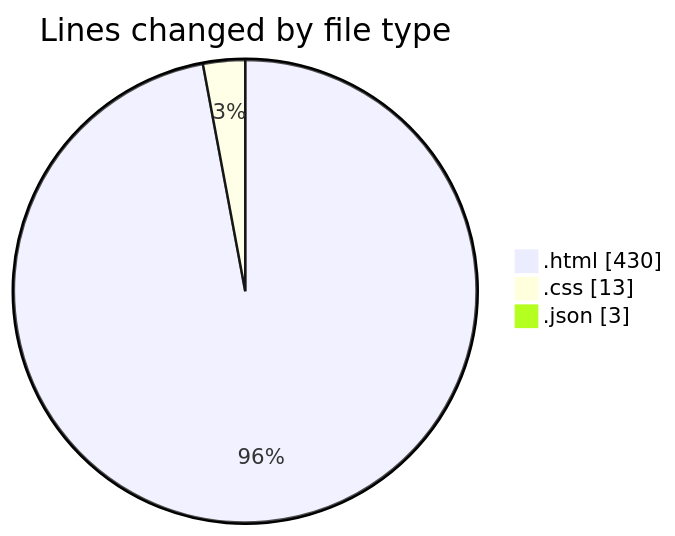
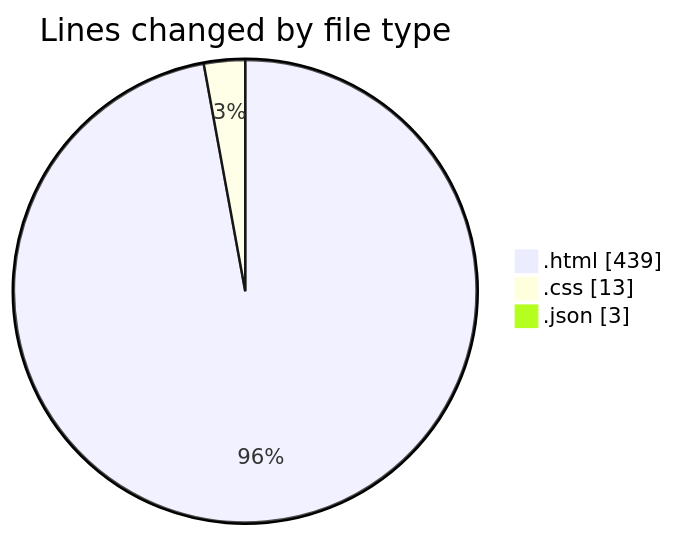
The first of 2 diagrams in 2025-12-11/technologie_web/README.md (hasnaa123/code-tracking), drawn with Mermaid before and after one commit. The commit also changed other lines of this file and 1 other file, not shown here.

````diff
--- a/2025-12-11/technologie_web/README.md
+++ b/2025-12-11/technologie_web/README.md
@@ -23,7 +23,7 @@
 ```mermaid
 pie showData
 title Lines changed by file type
-".html" : 430
+".html" : 439
 ".css" : 13
 ".json" : 3
 ```
````
